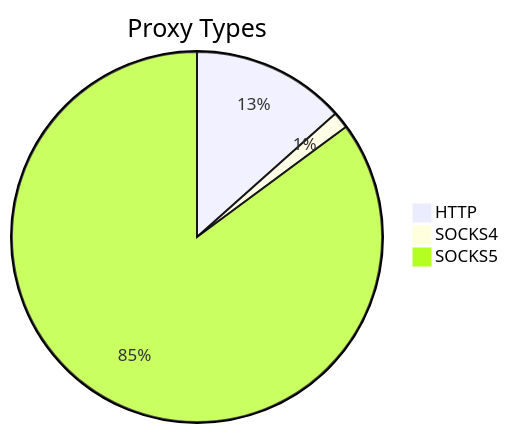
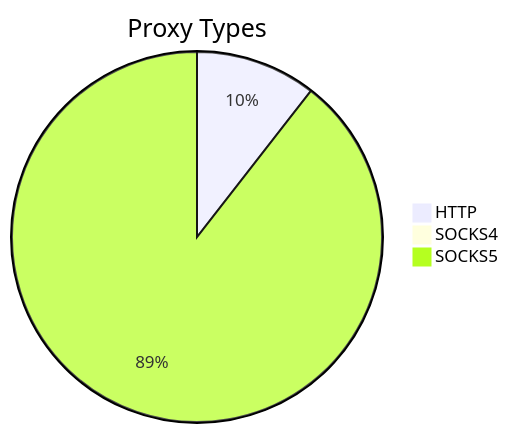
The first of 2 diagrams in README.md (stormsia/proxy-list), drawn with Mermaid before and after one commit. The commit also changed other lines of this file, not shown here.

````diff
--- a/README.md
+++ b/README.md
@@ -21,6 +21,6 @@
 ```mermaid
 pie title Proxy Types
-    "HTTP" : 138
-    "SOCKS4" : 15
-    "SOCKS5" : 876
+    "HTTP" : 144
+    "SOCKS4" : 11
+    "SOCKS5" : 1223
 ```
````
